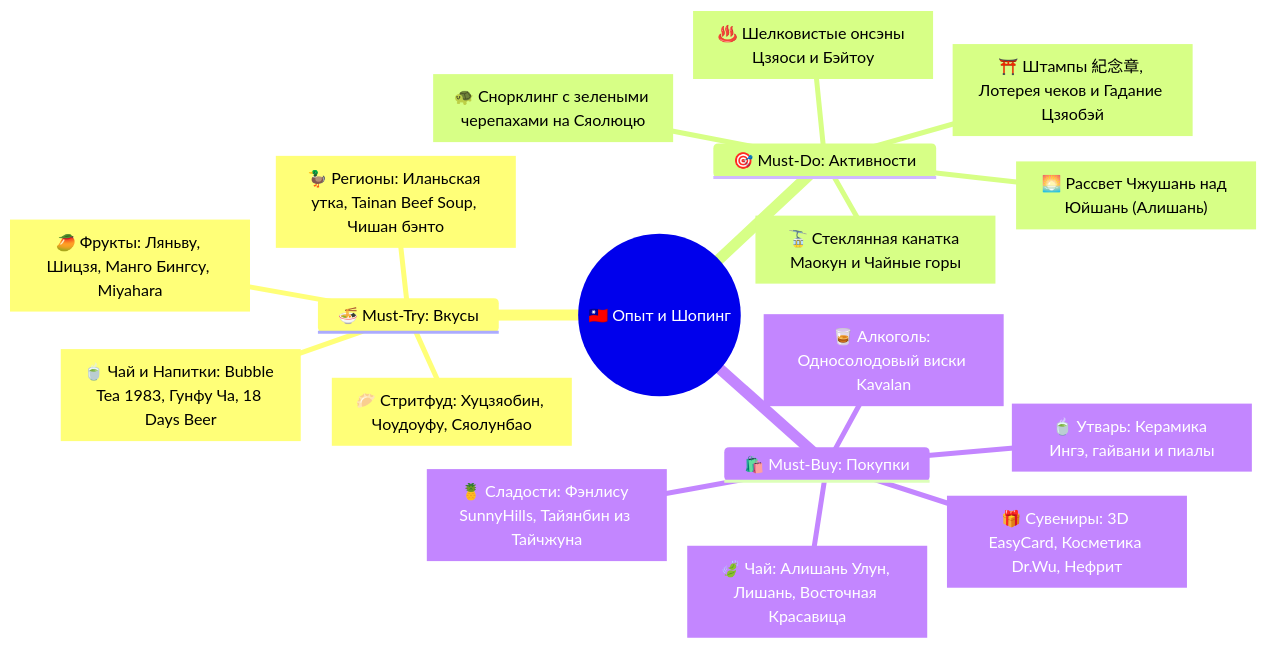
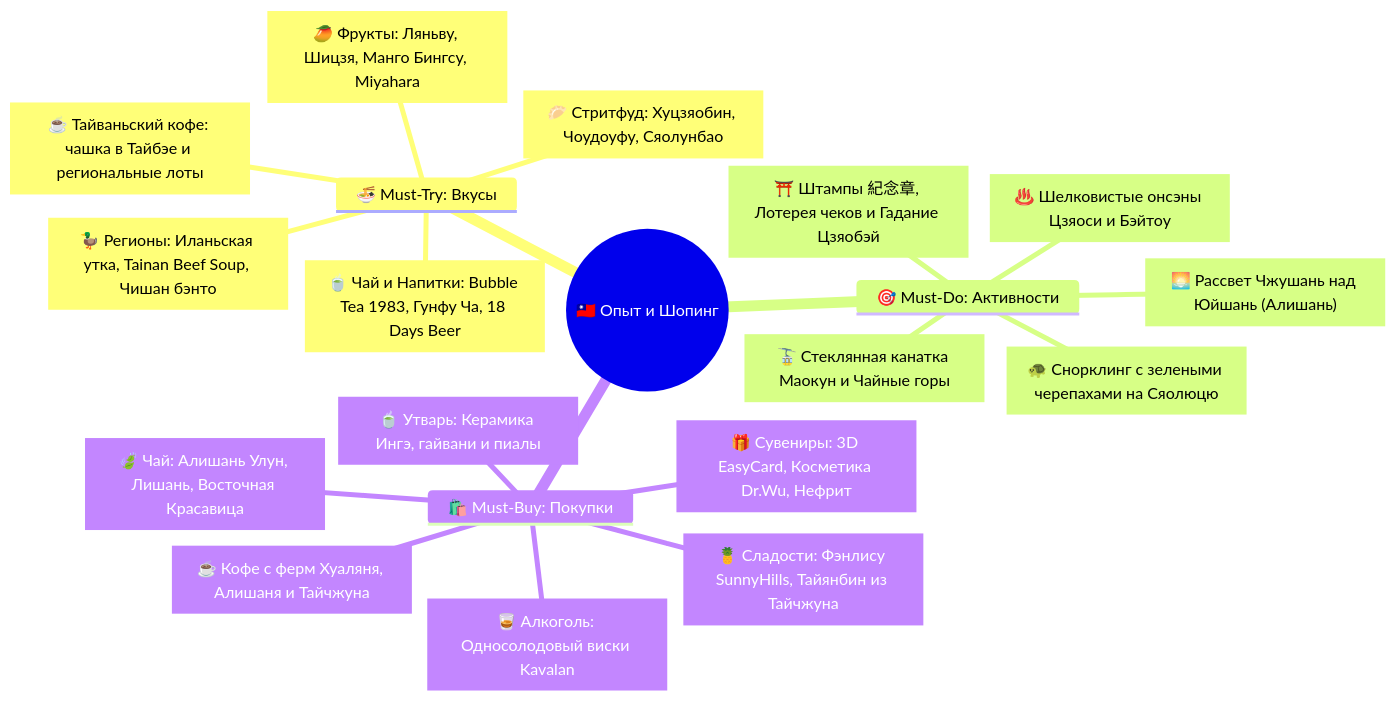
One commit to injurka/obsidian-mark changed the first of 3 diagrams in Personal Note/Travel/-- Taiwan/06 - Чек лист/Что попробовать и купить (Must-Try & Must-Buy).md. Above: the diagram before and after it, drawn with Mermaid. The commit also changed other lines of this file and 47 other files, not shown here.

````diff
--- a/Personal Note/Travel/-- Taiwan/06 - Чек лист/Что попробовать и купить (Must-Try & Must-Buy).md
+++ b/Personal Note/Travel/-- Taiwan/06 - Чек лист/Что попробовать и купить (Must-Try & Must-Buy).md
@@ -10,21 +10,23 @@
 ```mermaid
 mindmap
   root((🇹🇼 Опыт и Шопинг))
     🍜 Must-Try: Вкусы
+      ["☕ Тайваньский кофе: чашка в Тайбэе и региональные лоты"]
       ["🥟 Стритфуд: Хуцзяобин, Чоудоуфу, Сяолунбао"]
       ["🦆 Регионы: Иланьская утка, Tainan Beef Soup, Чишан бэнто"]
       ["🍵 Чай и Напитки: Bubble Tea 1983, Гунфу Ча, 18 Days Beer"]
       ["🥭 Фрукты: Ляньву, Шицзя, Манго Бингсу, Miyahara"]
     🎯 Must-Do: Активности
       ["🐢 Снорклинг с зелеными черепахами на Сяолюцю"]
       ["🌅 Рассвет Чжушань над Юйшань (Алишань)"]
       ["♨️ Шелковистые онсэны Цзяоси и Бэйтоу"]
       ["🚡 Стеклянная канатка Маокун и Чайные горы"]
       ["⛩️ Штампы 紀念章, Лотерея чеков и Гадание Цзяобэй"]
     🛍️ Must-Buy: Покупки
+      ["☕ Кофе с ферм Хуаляня, Алишаня и Тайчжуна"]
       ["🍃 Чай: Алишань Улун, Лишань, Восточная Красавица"]
       ["🍍 Сладости: Фэнлису SunnyHills, Тайянбин из Тайчжуна"]
       ["🥃 Алкоголь: Односолодовый виски Kavalan"]
       ["🍵 Утварь: Керамика Ингэ, гайвани и пиалы"]
       ["🎁 Сувениры: 3D EasyCard, Косметика Dr.Wu, Нефрит"]
 ```
````
